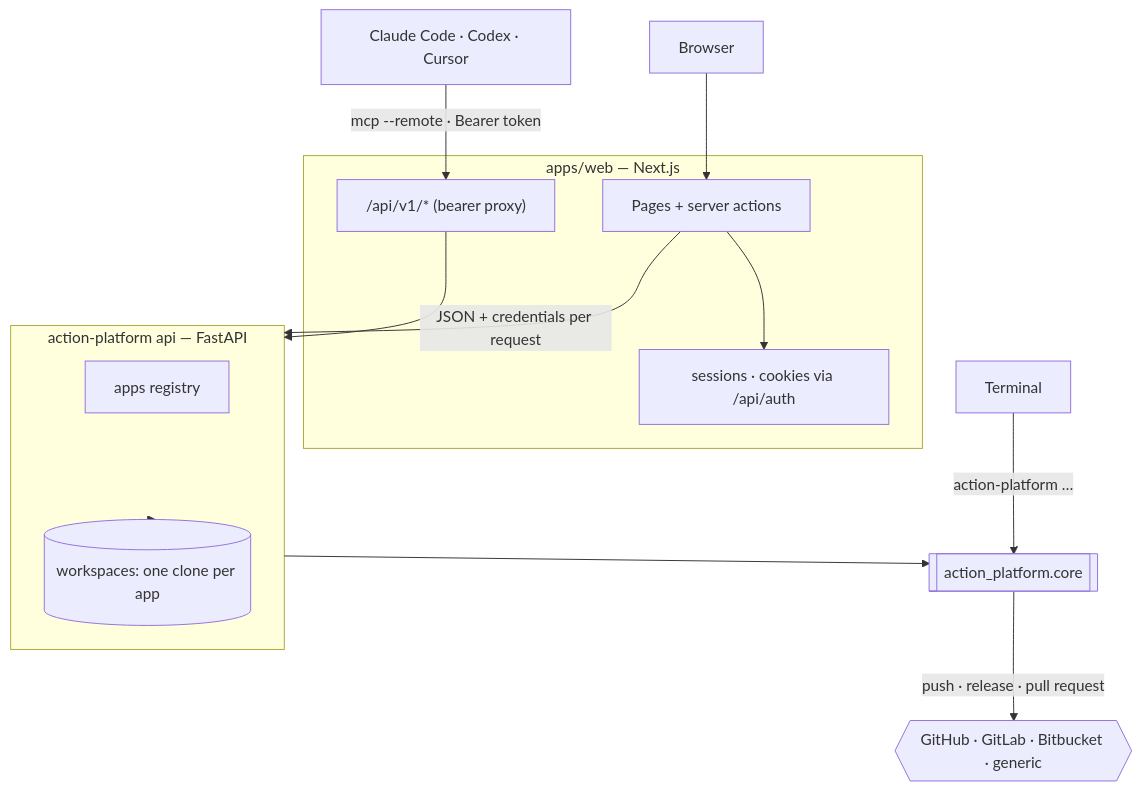
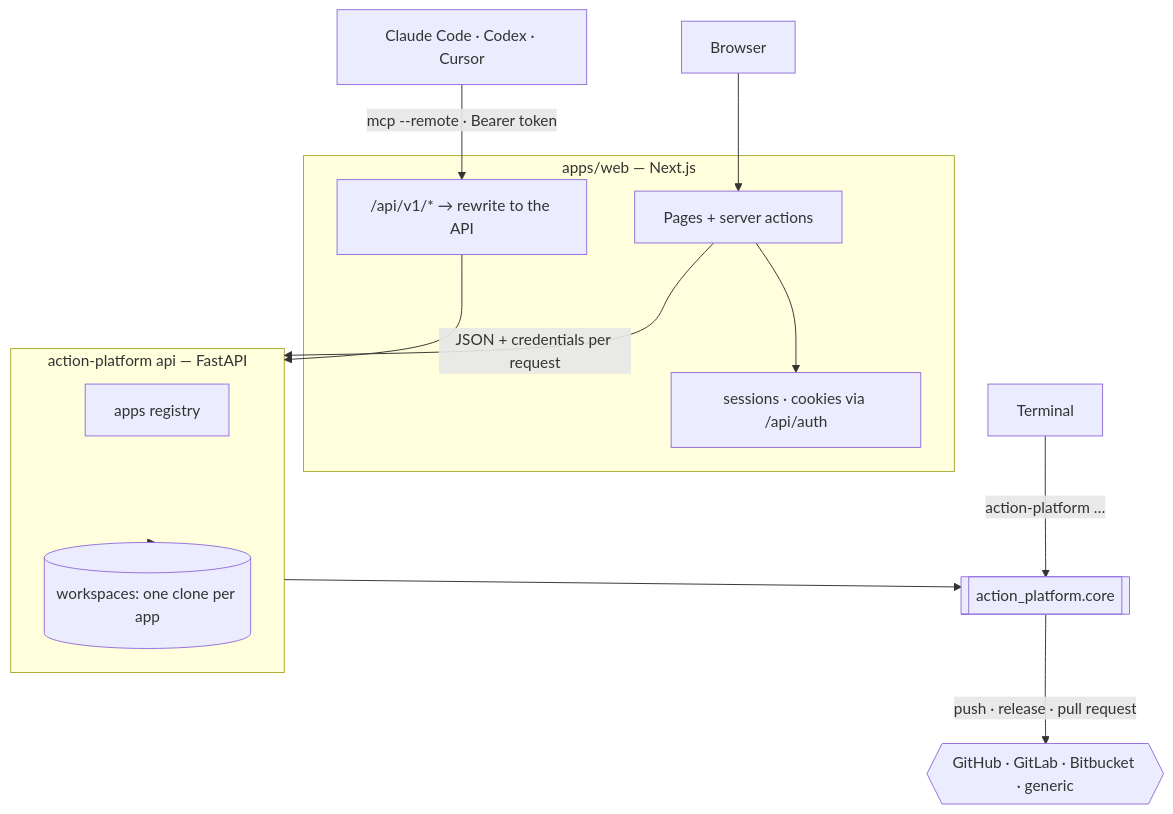
The first of 3 diagrams in docs/contribute_architecture.md (actionplatform/action-platform), drawn with Mermaid before and after one commit. The commit also changed other lines of this file and 5 other files, not shown here.

````diff
--- a/docs/contribute_architecture.md
+++ b/docs/contribute_architecture.md
@@ -3,30 +3,30 @@
 ```mermaid
 flowchart TB
     browser[Browser]
     agent[Claude Code · Codex · Cursor]
     term[Terminal]
 
     subgraph web["apps/web — Next.js"]
         ui[Pages + server actions]
         auth[sessions · cookies via /api/auth]
-        v1["/api/v1/* (bearer proxy)"]
+        v1["/api/v1/* → rewrite to the API"]
     end
 
     subgraph api["action-platform api — FastAPI"]
         reg[apps registry]
         ws[(workspaces: one clone per app)]
     end
 
     core[[action_platform.core]]
     hosts{{GitHub · GitLab · Bitbucket · generic}}
 
     browser --> ui
     ui --> auth
     ui -->|"JSON + credentials per request"| api
     agent -->|"mcp --remote · Bearer token"| v1
     v1 --> api
     term -->|"action-platform …"| core
     api --> core
     api --> ws
     core -->|"push · release · pull request"| hosts
 ```
````
